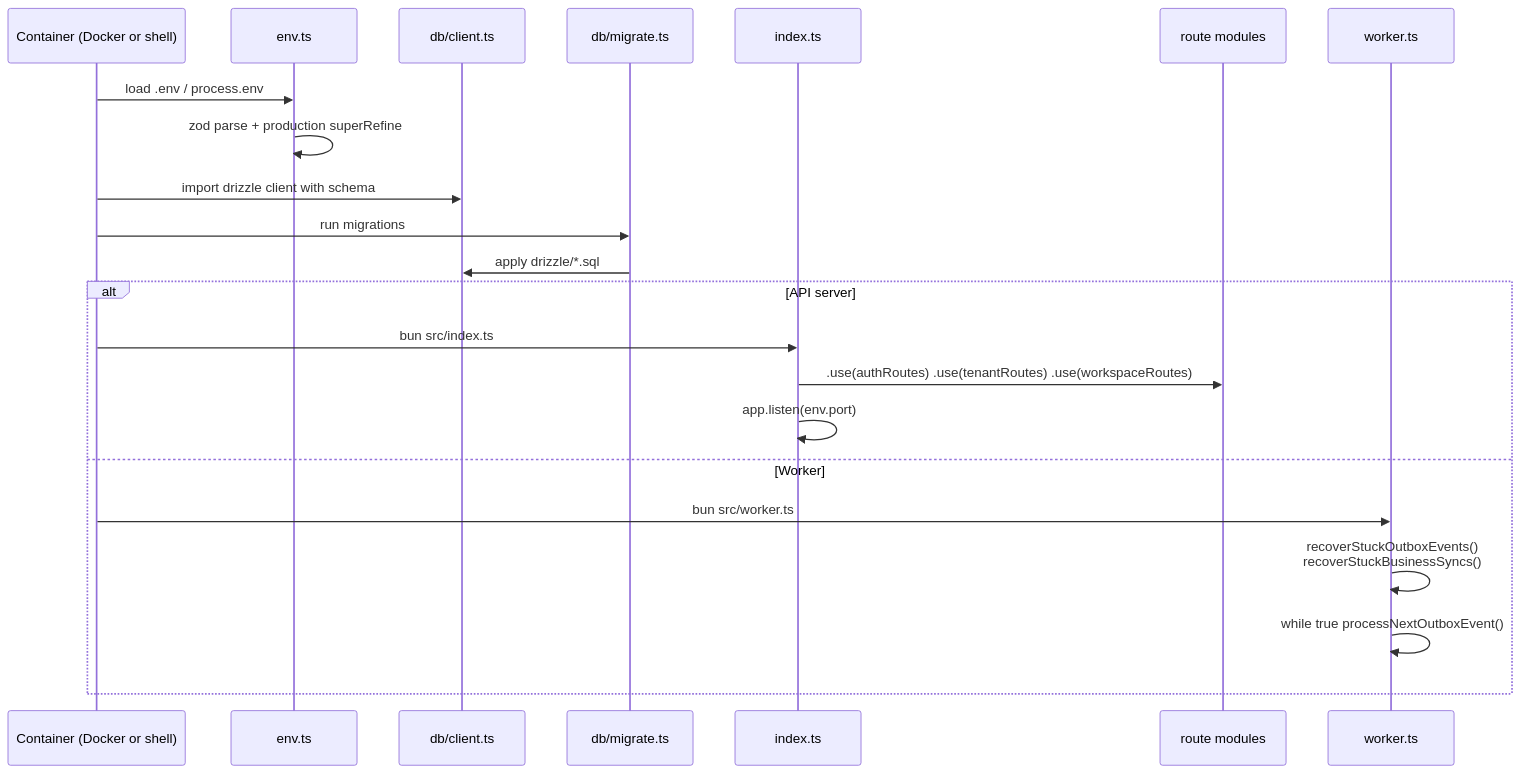
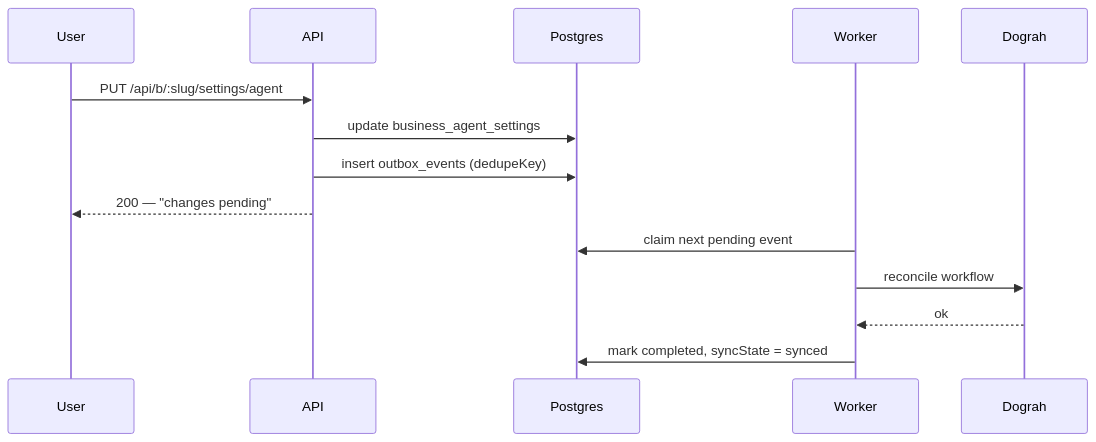
Before and after one commit to shaheer-haider/vocalonix: the second of 2 diagrams in docs/03-architecture.md, drawn with Mermaid. The commit also changed other lines of this file and 191 other files, not shown here.

````diff
--- a/docs/03-architecture.md
+++ b/docs/03-architecture.md
@@ -20,25 +138,17 @@
 ```mermaid
 sequenceDiagram
-    participant C as Container (Docker or shell)
-    participant E as env.ts
-    participant DB as db/client.ts
-    participant M as db/migrate.ts
-    participant IDX as index.ts
-    participant R as route modules
-    participant W as worker.ts
+    participant U as User
+    participant A as API
+    participant DB as Postgres
+    participant W as Worker
+    participant E as Dograh
 
-    C->>E: load .env / process.env
-    E->>E: zod parse + production superRefine
-    C->>DB: import drizzle client with schema
-    C->>M: run migrations
-    M->>DB: apply drizzle/*.sql
-    alt API server
-        C->>IDX: bun src/index.ts
-        IDX->>R: .use(authRoutes) .use(tenantRoutes) .use(workspaceRoutes)
-        IDX->>IDX: app.listen(env.port)
-    else Worker
-        C->>W: bun src/worker.ts
-        W->>W: recoverStuckOutboxEvents()<br/>recoverStuckBusinessSyncs()
-        W->>W: while true processNextOutboxEvent()
-    end
+    U->>A: PUT /api/b/:slug/settings/agent
+    A->>DB: update business_agent_settings
+    A->>DB: insert outbox_events (dedupeKey)
+    A-->>U: 200 — "changes pending"
+    W->>DB: claim next pending event
+    W->>E: reconcile workflow
+    E-->>W: ok
+    W->>DB: mark completed, syncState = synced
 ```
````
